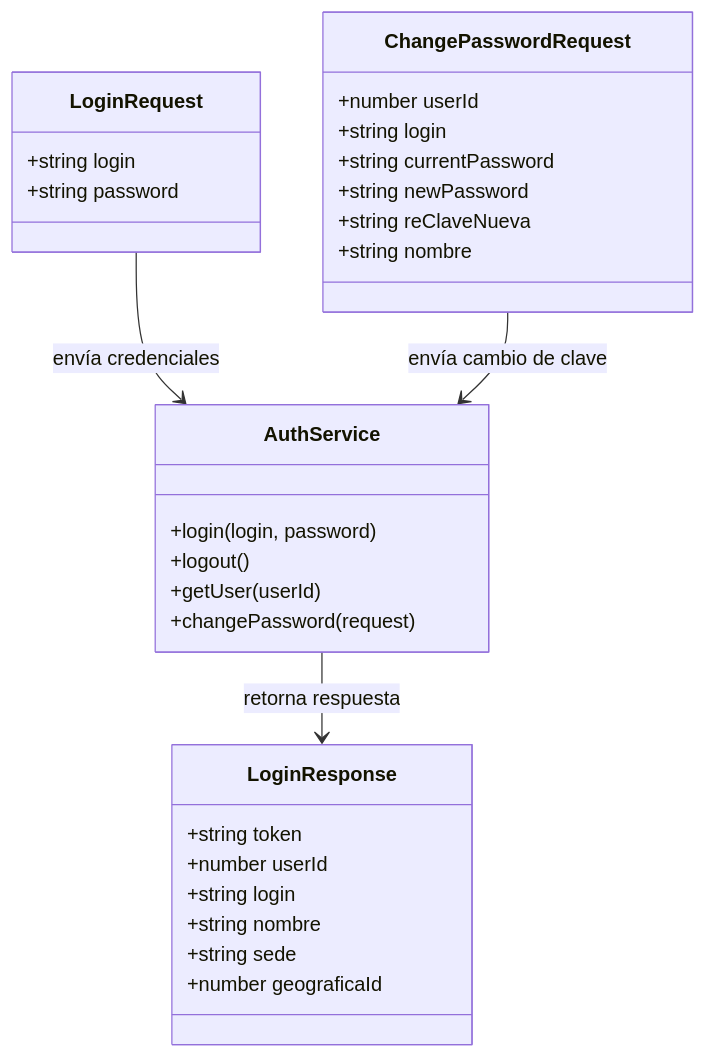
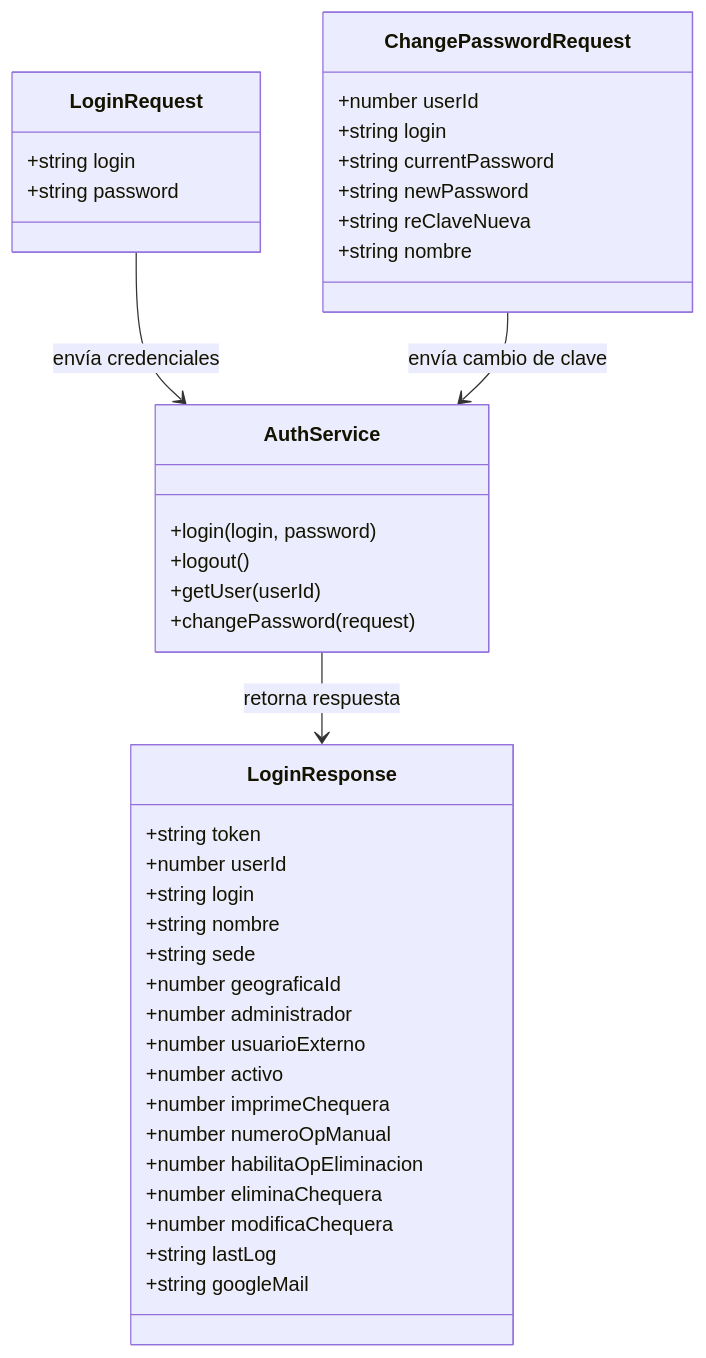
One commit to UM-services/UM.tesoreria.frontend-client changed the eighth of 8 diagrams in docs/architecture.md. Above: the diagram before and after it, drawn with Mermaid. The commit also changed other lines of this file and 4 other files, not shown here.

````diff
--- a/docs/architecture.md
+++ b/docs/architecture.md
@@ -224,36 +240,46 @@
 ```mermaid
 classDiagram
     class LoginRequest {
         +string login
         +string password
     }
 
     class LoginResponse {
         +string token
         +number userId
         +string login
         +string nombre
         +string sede
         +number geograficaId
+        +number administrador
+        +number usuarioExterno
+        +number activo
+        +number imprimeChequera
+        +number numeroOpManual
+        +number habilitaOpEliminacion
+        +number eliminaChequera
+        +number modificaChequera
+        +string lastLog
+        +string googleMail
     }
 
     class ChangePasswordRequest {
         +number userId
         +string login
         +string currentPassword
         +string newPassword
         +string reClaveNueva
         +string nombre
     }
 
     class AuthService {
         +login(login, password)
         +logout()
         +getUser(userId)
         +changePassword(request)
     }
 
     LoginRequest --> AuthService: envía credenciales
     ChangePasswordRequest --> AuthService: envía cambio de clave
     AuthService --> LoginResponse: retorna respuesta
 ```
````
